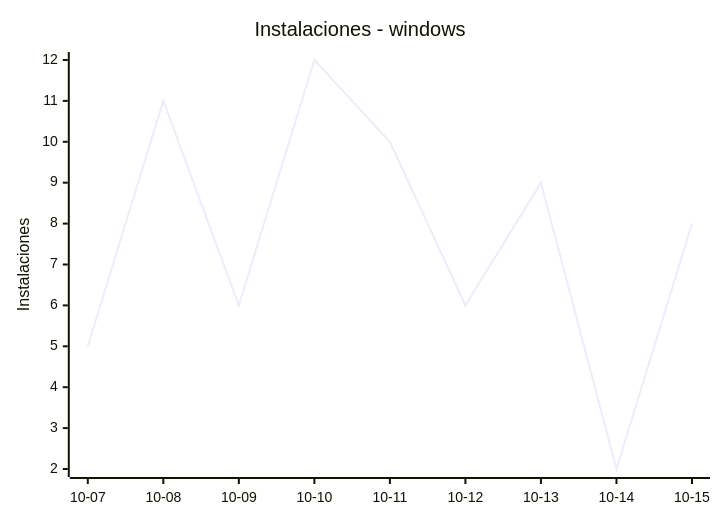
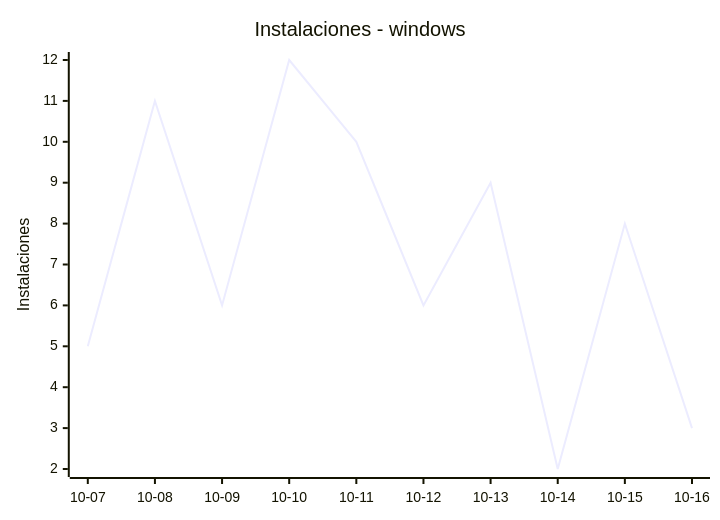
One commit to EmuDeck/stats changed the sixth of 8 diagrams in README.md. Above: the diagram before and after it, drawn with Mermaid. The commit also changed other lines of this file and 2 other files, not shown here.

````diff
--- a/README.md
+++ b/README.md
@@ -68,7 +68,7 @@
 ```mermaid
 xychart-beta
     title "Instalaciones - windows"
-    x-axis ["10-07", "10-08", "10-09", "10-10", "10-11", "10-12", "10-13", "10-14", "10-15"]
+    x-axis ["10-07", "10-08", "10-09", "10-10", "10-11", "10-12", "10-13", "10-14", "10-15", "10-16"]
     y-axis "Instalaciones"
-    line [5, 11, 6, 12, 10, 6, 9, 2, 8]
+    line [5, 11, 6, 12, 10, 6, 9, 2, 8, 3]
 ```
````
